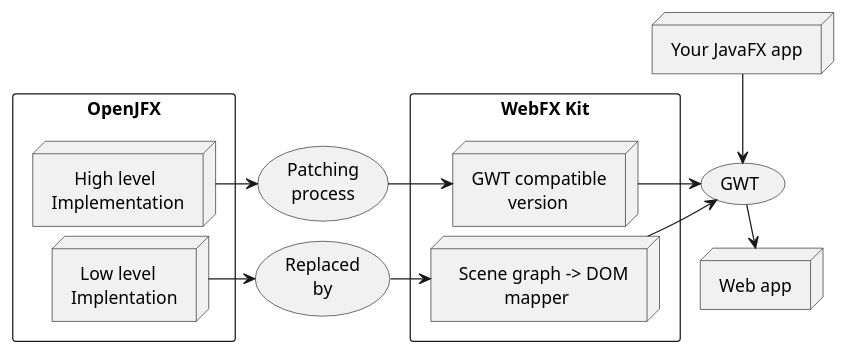
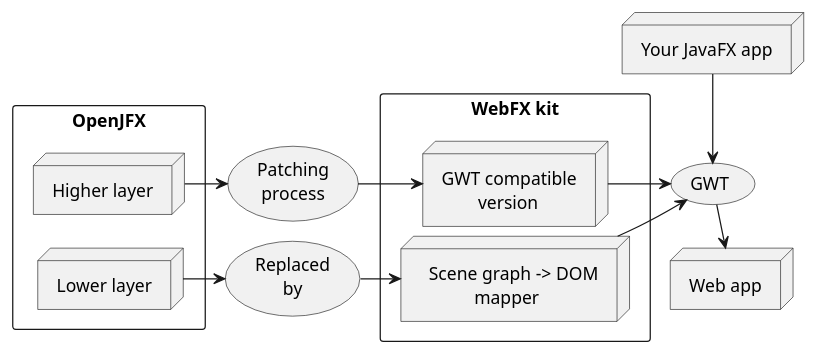
The first of 4 diagrams in src/main/asciidoc/WebFX.adoc (webfx-project/webfx-docs), drawn with PlantUML before and after one commit. The commit also changed other lines of this file, not shown here.

```diff
--- a/src/main/asciidoc/WebFX.adoc
+++ b/src/main/asciidoc/WebFX.adoc
@@ -11,42 +11,42 @@
 [plantuml, format=svg, opts="inline"]
 ----
 skinparam ranksep 5
 skinparam nodesep 5
 
 node "Your JavaFX app" as app
 
 rectangle "OpenJFX" {
-node "     High level\nImplementation" as o1
-node "  Low level\nImplentation" as o2
+node "Higher layer" as o1
+node "Lower layer" as o2
 }
 o1 --[hidden]> o2
 
 usecase "Patching\nprocess" as pp
 usecase "Replaced\nby" as rb
 
-rectangle "WebFX Kit" {
+rectangle "WebFX kit" {
 node "GWT compatible\n        version" as w1
 node "  Scene graph -> DOM\n            mapper" as w2
 }
 w1 --[hidden]> w2
 
 pp --[hidden]> rb
 
 usecase "GWT" as gwt
 
 node "Web app" as wa
 
 
 o1 -r-> pp
 pp -r-> w1
 
 o2 -r-> rb
 rb -r-> w2
 
 app -d-> gwt
 w1 -r-> gwt
 w2 -r-> gwt
 gwt -d-> wa
 
 gwt --[hidden]> w2
 ----
```
